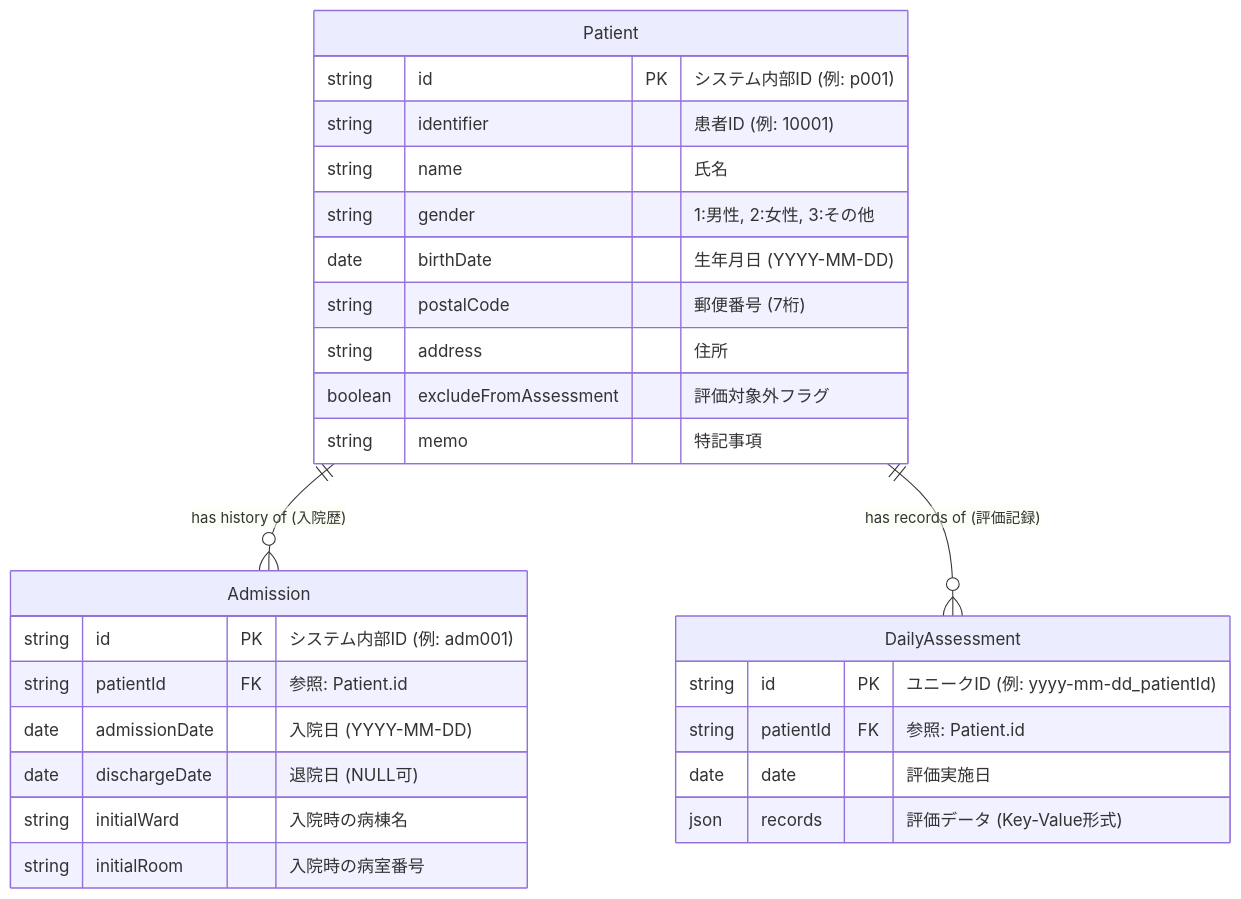
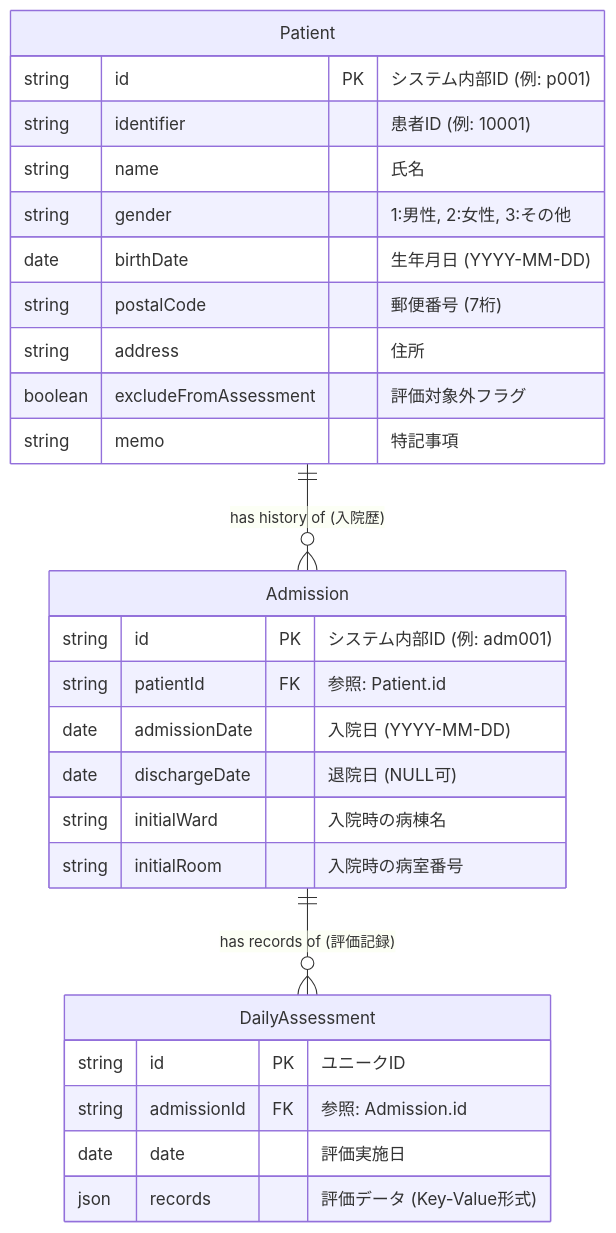
One commit to kumakumaaaaa/HfileMaker_v1 changed the diagram in SCHEMA.md. Above: the diagram before and after it, drawn with Mermaid. The commit also changed other lines of this file and 59 other files, not shown here.

````diff
--- a/SCHEMA.md
+++ b/SCHEMA.md
@@ -8,35 +8,35 @@
 ```mermaid
 erDiagram
     %% マスタテーブル
     Patient {
         string id PK "システム内部ID (例: p001)"
         string identifier "患者ID (例: 10001)"
         string name "氏名"
         string gender "1:男性, 2:女性, 3:その他"
         date birthDate "生年月日 (YYYY-MM-DD)"
         string postalCode "郵便番号 (7桁)"
         string address "住所"
         boolean excludeFromAssessment "評価対象外フラグ"
         string memo "特記事項"
     }
 
     Admission {
         string id PK "システム内部ID (例: adm001)"
         string patientId FK "参照: Patient.id"
         date admissionDate "入院日 (YYYY-MM-DD)"
         date dischargeDate "退院日 (NULL可)"
         string initialWard "入院時の病棟名"
         string initialRoom "入院時の病室番号"
     }
 
     DailyAssessment {
-        string id PK "ユニークID (例: yyyy-mm-dd_patientId)"
-        string patientId FK "参照: Patient.id"
+        string id PK "ユニークID"
+        string admissionId FK "参照: Admission.id"
         date date "評価実施日"
         json records "評価データ (Key-Value形式)"
     }
 
     %% リレーションシップ
     Patient ||--o{ Admission : "has history of (入院歴)"
-    Patient ||--o{ DailyAssessment : "has records of (評価記録)"
+    Admission ||--o{ DailyAssessment : "has records of (評価記録)"
 ```
````
